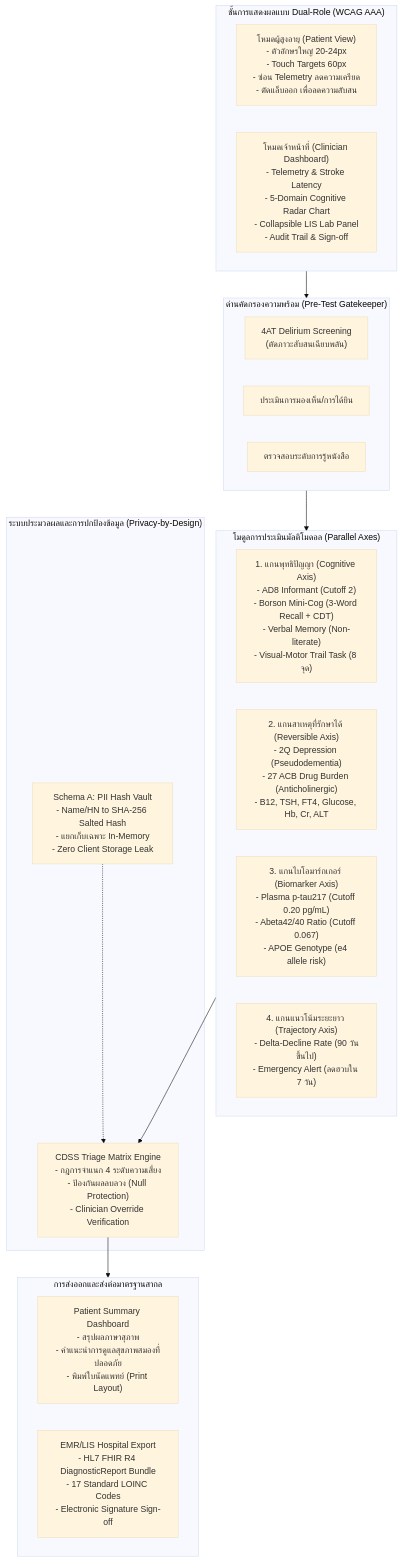
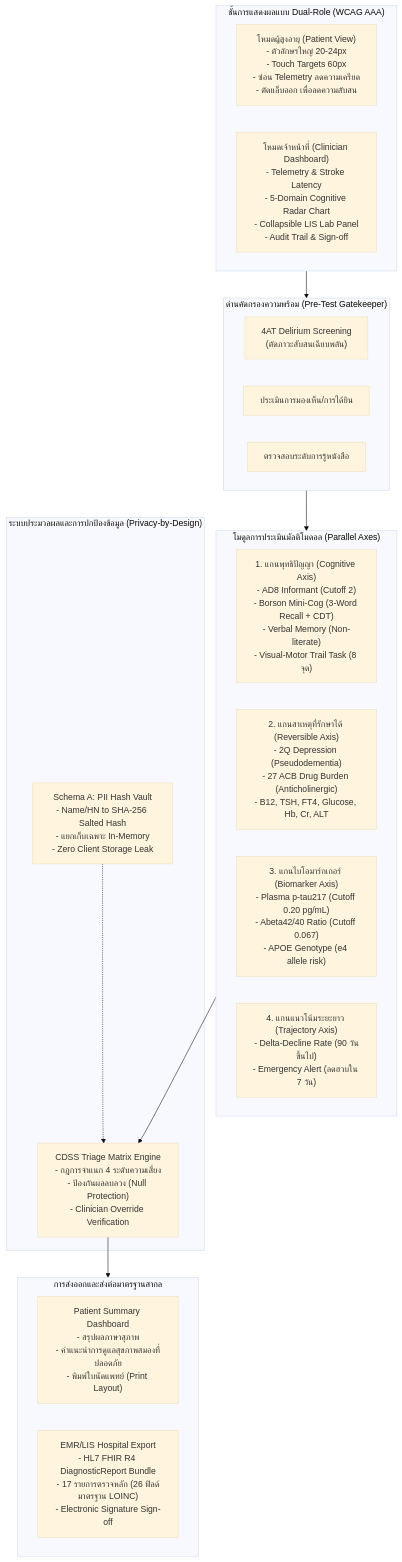
Before and after one commit to natchlimar-droid/Project-Alzheimer: the diagram in README.md, drawn with Mermaid (base theme). The commit also changed other lines of this file, not shown here.

Commit message:
docs: fix markdown math formatting, harmonize LOINC counts and FT4 thresholds, and clarify Zero-Dependency vs Chart.js

````diff
--- a/README.md
+++ b/README.md
@@ -100,36 +100,36 @@
 ```mermaid
 flowchart TD
     subgraph UI_Layer ["ชั้นการแสดงผลแบบ Dual-Role (WCAG AAA)"]
         UserMode["โหมดผู้สูงอายุ (Patient View)<br/>- ตัวอักษรใหญ่ 20-24px<br/>- Touch Targets 60px<br/>- ซ่อน Telemetry ลดความเครียด<br/>- ตัดแล็บออก เพื่อลดความสับสน"]
         ClinicianMode["โหมดเจ้าหน้าที่ (Clinician Dashboard)<br/>- Telemetry & Stroke Latency<br/>- 5-Domain Cognitive Radar Chart<br/>- Collapsible LIS Lab Panel<br/>- Audit Trail & Sign-off"]
     end
 
     subgraph PreTest ["ด่านคัดกรองความพร้อม (Pre-Test Gatekeeper)"]
         Gate4AT["4AT Delirium Screening<br/>(ตัดภาวะสับสนเฉียบพลัน)"]
         GateSense["ประเมินการมองเห็น/การได้ยิน"]
         GateLit["ตรวจสอบระดับการรู้หนังสือ"]
     end
 
     subgraph Assessment ["โมดูลการประเมินมัลติโมดอล (Parallel Axes)"]
         AxisCognitive["1. แกนพุทธิปัญญา (Cognitive Axis)<br/>- AD8 Informant (Cutoff 2)<br/>- Borson Mini-Cog (3-Word Recall + CDT)<br/>- Verbal Memory (Non-literate)<br/>- Visual-Motor Trail Task (8 จุด)"]
         AxisReversible["2. แกนสาเหตุที่รักษาได้ (Reversible Axis)<br/>- 2Q Depression (Pseudodementia)<br/>- 27 ACB Drug Burden (Anticholinergic)<br/>- B12, TSH, FT4, Glucose, Hb, Cr, ALT"]
         AxisBiomarker["3. แกนไบโอมาร์กเกอร์ (Biomarker Axis)<br/>- Plasma p-tau217 (Cutoff 0.20 pg/mL)<br/>- Abeta42/40 Ratio (Cutoff 0.067)<br/>- APOE Genotype (e4 allele risk)"]
         AxisTrajectory["4. แกนแนวโน้มระยะยาว (Trajectory Axis)<br/>- Delta-Decline Rate (90 วันขึ้นไป)<br/>- Emergency Alert (ลดฮวบใน 7 วัน)"]
     end
 
     subgraph Privacy_CDSS ["ระบบประมวลผลและการปกป้องข้อมูล (Privacy-by-Design)"]
         PrivacyVault["Schema A: PII Hash Vault<br/>- Name/HN to SHA-256 Salted Hash<br/>- แยกเก็บเฉพาะ In-Memory<br/>- Zero Client Storage Leak"]
         CDSS_Engine["CDSS Triage Matrix Engine<br/>- กฎการจำแนก 4 ระดับความเสี่ยง<br/>- ป้องกันผลลบลวง (Null Protection)<br/>- Clinician Override Verification"]
     end
 
     subgraph Output_Layer ["การส่งออกและส่งต่อมาตรฐานสากล"]
         SummaryCard["Patient Summary Dashboard<br/>- สรุปผลภาษาสุภาพ<br/>- คำแนะนำการดูแลสุขภาพสมองที่ปลอดภัย<br/>- พิมพ์ใบนัดแพทย์ (Print Layout)"]
-        HL7_FHIR["EMR/LIS Hospital Export<br/>- HL7 FHIR R4 DiagnosticReport Bundle<br/>- 17 Standard LOINC Codes<br/>- Electronic Signature Sign-off"]
+        HL7_FHIR["EMR/LIS Hospital Export<br/>- HL7 FHIR R4 DiagnosticReport Bundle<br/>- 17 รายการตรวจหลัก (26 ฟิลด์มาตรฐาน LOINC)<br/>- Electronic Signature Sign-off"]
     end
 
     UI_Layer --> PreTest
     PreTest --> Assessment
     Assessment --> CDSS_Engine
     PrivacyVault -.-> CDSS_Engine
     CDSS_Engine --> Output_Layer
 ```
````
